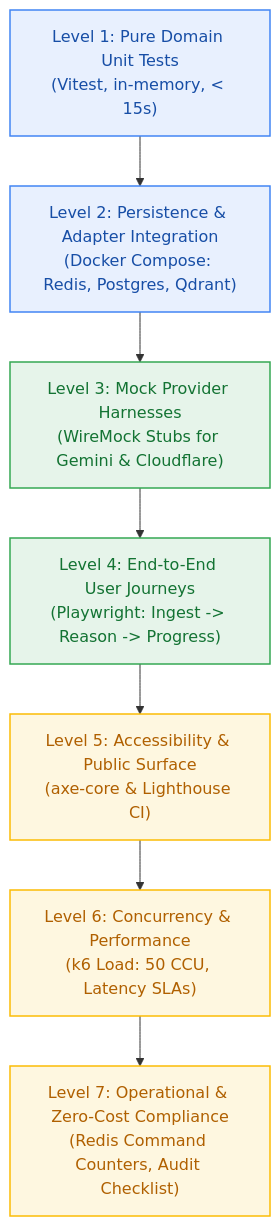
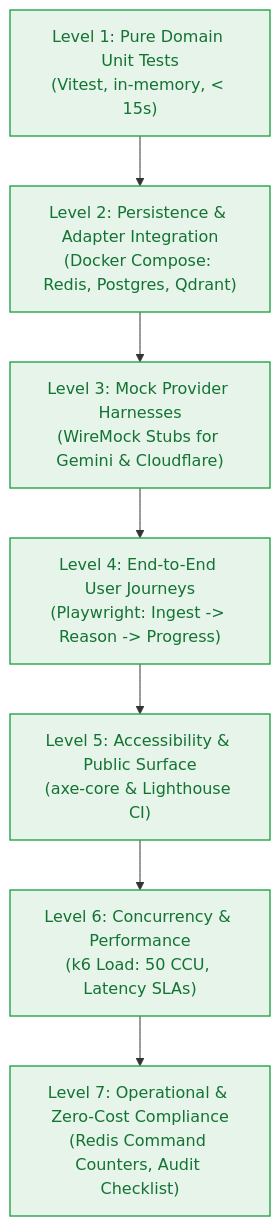
Before and after one commit to Glitch-guy0/Contextual: the third of 4 diagrams in _documentation/planning/milestones/overview.md, drawn with Mermaid. The commit also changed other lines of this file and 35 other files, not shown here.

````diff
--- a/_documentation/planning/milestones/overview.md
+++ b/_documentation/planning/milestones/overview.md
@@ -117,17 +115,15 @@
 ```mermaid
 graph TD
     L1["Level 1: Pure Domain Unit Tests<br/>(Vitest, in-memory, < 15s)"] --> L2["Level 2: Persistence & Adapter Integration<br/>(Docker Compose: Redis, Postgres, Qdrant)"]
     L2 --> L3["Level 3: Mock Provider Harnesses<br/>(WireMock Stubs for Gemini & Cloudflare)"]
     L3 --> L4["Level 4: End-to-End User Journeys<br/>(Playwright: Ingest -> Reason -> Progress)"]
     L4 --> L5["Level 5: Accessibility & Public Surface<br/>(axe-core & Lighthouse CI)"]
     L5 --> L6["Level 6: Concurrency & Performance<br/>(k6 Load: 50 CCU, Latency SLAs)"]
     L6 --> L7["Level 7: Operational & Zero-Cost Compliance<br/>(Redis Command Counters, Audit Checklist)"]
 
     classDef blue fill:#E8F0FE,stroke:#4285F4,stroke-width:1.5px,color:#174EA6;
     classDef green fill:#E6F4EA,stroke:#34A853,stroke-width:1.5px,color:#137333;
     classDef amber fill:#FEF7E0,stroke:#FBBC04,stroke-width:1.5px,color:#B06000;
 
-    class L1,L2 blue;
-    class L3,L4 green;
-    class L5,L6,L7 amber;
+    class L1,L2,L3,L4,L5,L6,L7 green;
 ```
````
